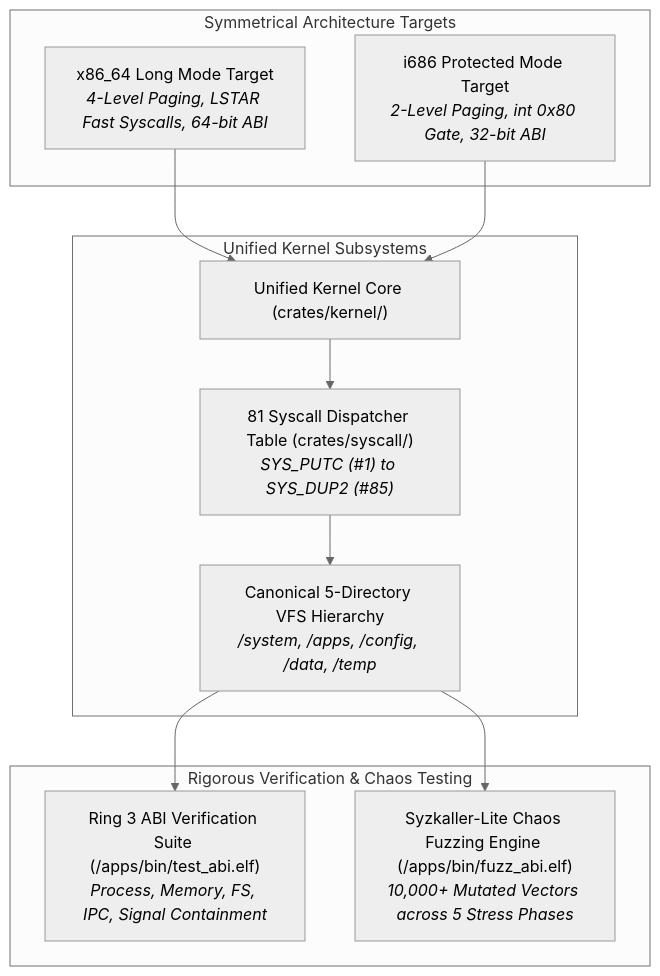
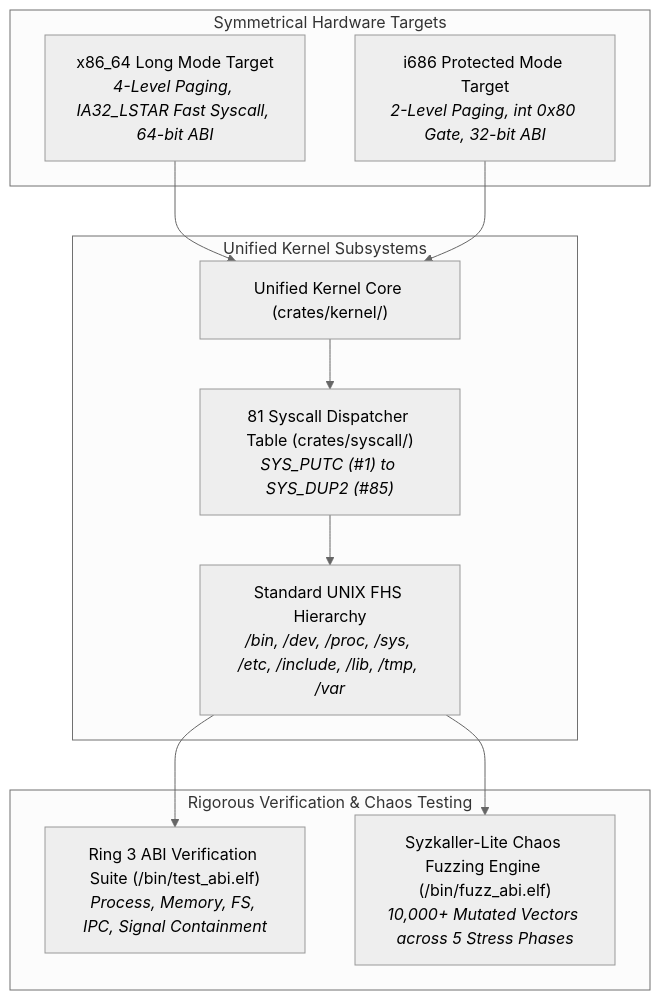
The diagram in docs/journey/hardening_v050.md (mrvlous/keira), drawn with Mermaid (neutral theme) before and after one commit. The commit also changed other lines of this file and 11 other files, not shown here.

Commit message:
docs(journey): update milestone engineering journals to standard UNIX FHS prompt

````diff
--- a/docs/journey/hardening_v050.md
+++ b/docs/journey/hardening_v050.md
@@ -11,25 +11,25 @@
 ```mermaid
 graph TD
-    subgraph Symmetrical Architecture Targets
-        X64["x86_64 Long Mode Target<br/><i>4-Level Paging, LSTAR Fast Syscalls, 64-bit ABI</i>"]
+    subgraph Symmetrical Hardware Targets
+        X64["x86_64 Long Mode Target<br/><i>4-Level Paging, IA32_LSTAR Fast Syscall, 64-bit ABI</i>"]
         I686["i686 Protected Mode Target<br/><i>2-Level Paging, int 0x80 Gate, 32-bit ABI</i>"]
     end
 
     subgraph Unified Kernel Subsystems
         Core["Unified Kernel Core (crates/kernel/)"]
         SyscallTable["81 Syscall Dispatcher Table (crates/syscall/)<br/><i>SYS_PUTC (#1) to SYS_DUP2 (#85)</i>"]
-        VFS["Canonical 5-Directory VFS Hierarchy<br/><i>/system, /apps, /config, /data, /temp</i>"]
+        VFS["Standard UNIX FHS Hierarchy<br/><i>/bin, /dev, /proc, /sys, /etc, /include, /lib, /tmp, /var</i>"]
     end
 
     subgraph Rigorous Verification & Chaos Testing
-        TestABI["Ring 3 ABI Verification Suite (/apps/bin/test_abi.elf)<br/><i>Process, Memory, FS, IPC, Signal Containment</i>"]
-        FuzzABI["Syzkaller-Lite Chaos Fuzzing Engine (/apps/bin/fuzz_abi.elf)<br/><i>10,000+ Mutated Vectors across 5 Stress Phases</i>"]
+        TestABI["Ring 3 ABI Verification Suite (/bin/test_abi.elf)<br/><i>Process, Memory, FS, IPC, Signal Containment</i>"]
+        FuzzABI["Syzkaller-Lite Chaos Fuzzing Engine (/bin/fuzz_abi.elf)<br/><i>10,000+ Mutated Vectors across 5 Stress Phases</i>"]
     end
 
     X64 --> Core
     I686 --> Core
     Core --> SyscallTable
     SyscallTable --> VFS
     VFS --> TestABI
     VFS --> FuzzABI
 ```
````
